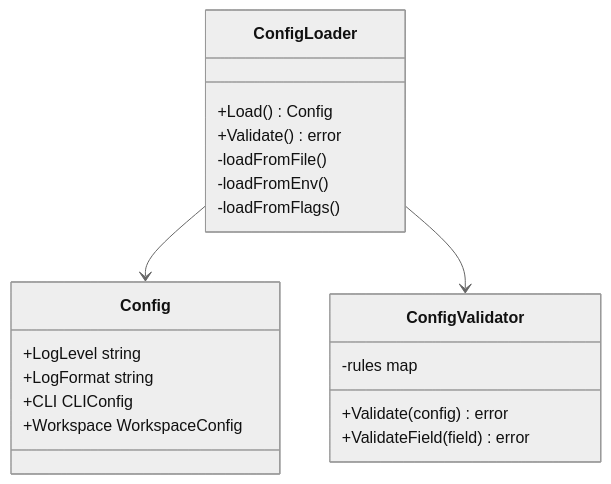
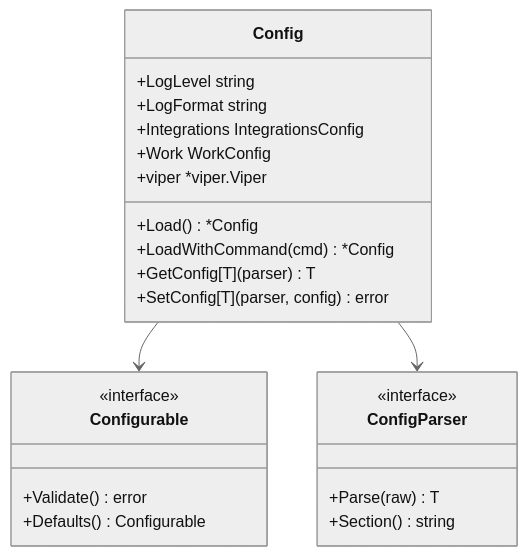
Before and after one commit to daddia/zen-cli: the second of 5 diagrams in docs/architecture/views/components.md, drawn with Mermaid (neutral theme). The commit also changed other lines of this file and 12 other files, not shown here.

````diff
--- a/docs/architecture/views/components.md
+++ b/docs/architecture/views/components.md
@@ -75,26 +104,29 @@
 ```mermaid
 classDiagram
-    class ConfigLoader {
-        +Load() Config
-        +Validate() error
-        -loadFromFile()
-        -loadFromEnv()
-        -loadFromFlags()
-    }
-    
-    class ConfigValidator {
-        +Validate(config) error
-        +ValidateField(field) error
-        -rules map
-    }
-    
     class Config {
         +LogLevel string
         +LogFormat string
-        +CLI CLIConfig
-        +Workspace WorkspaceConfig
+        +Integrations IntegrationsConfig
+        +Work WorkConfig
+        +viper *viper.Viper
+        +Load() *Config
+        +LoadWithCommand(cmd) *Config
+        +GetConfig[T](parser) T
+        +SetConfig[T](parser, config) error
     }
     
-    ConfigLoader --> Config
-    ConfigLoader --> ConfigValidator
+    class Configurable {
+        <<interface>>
+        +Validate() error
+        +Defaults() Configurable
+    }
+    
+    class ConfigParser {
+        <<interface>>
+        +Parse(raw) T
+        +Section() string
+    }
+    
+    Config --> Configurable
+    Config --> ConfigParser
 ```
````
